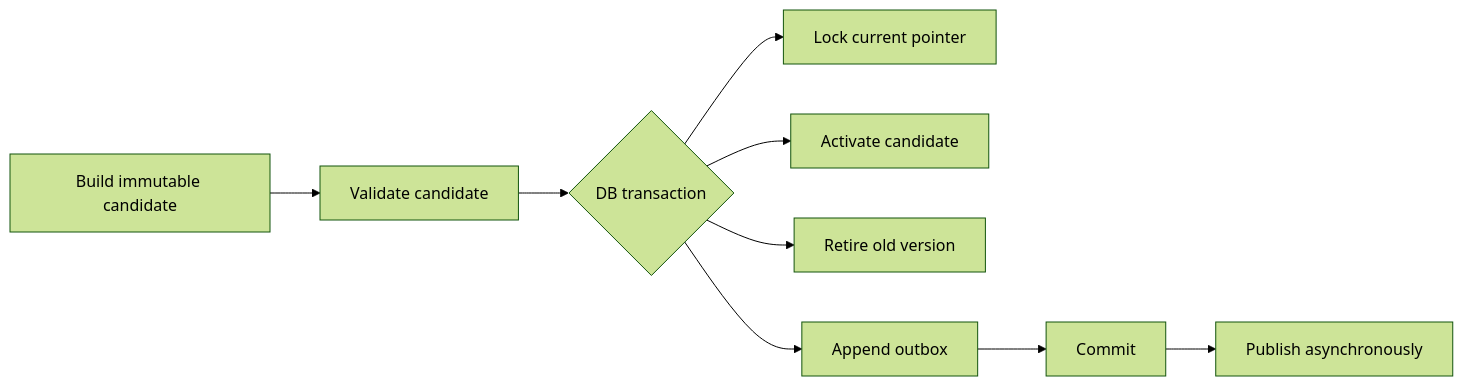
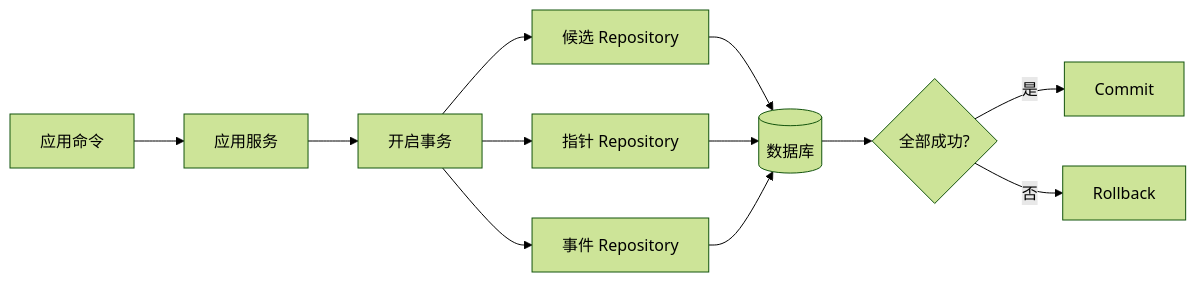
Before and after one commit to upJiang/jiang-blog-vitepress: the diagram in docs/backend/sqlalchemy-transaction-boundaries.md, drawn with Mermaid (forest theme). The commit also changed other lines of this file and 164 other files, not shown here.

````diff
--- a/docs/backend/sqlalchemy-transaction-boundaries.md
+++ b/docs/backend/sqlalchemy-transaction-boundaries.md
@@ -49,11 +24,14 @@
 ```mermaid
 flowchart LR
-  A[Build immutable candidate] --> B[Validate candidate]
-  B --> C{DB transaction}
-  C --> D[Lock current pointer]
-  C --> E[Activate candidate]
-  C --> F[Retire old version]
-  C --> G[Append outbox]
-  G --> H[Commit]
-  H --> I[Publish asynchronously]
+  C[应用命令] --> U[应用服务]
+  U --> T[开启事务]
+  T --> R1[候选 Repository]
+  T --> R2[指针 Repository]
+  T --> R3[事件 Repository]
+  R1 --> DB[(数据库)]
+  R2 --> DB
+  R3 --> DB
+  DB --> X{全部成功?}
+  X -->|是| S[Commit]
+  X -->|否| B[Rollback]
 ```
````
